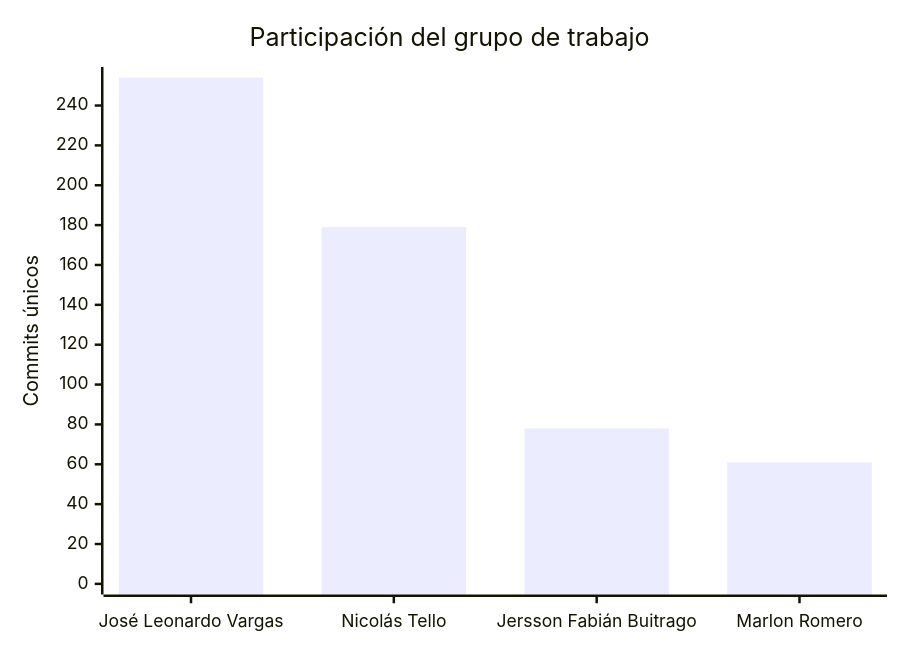
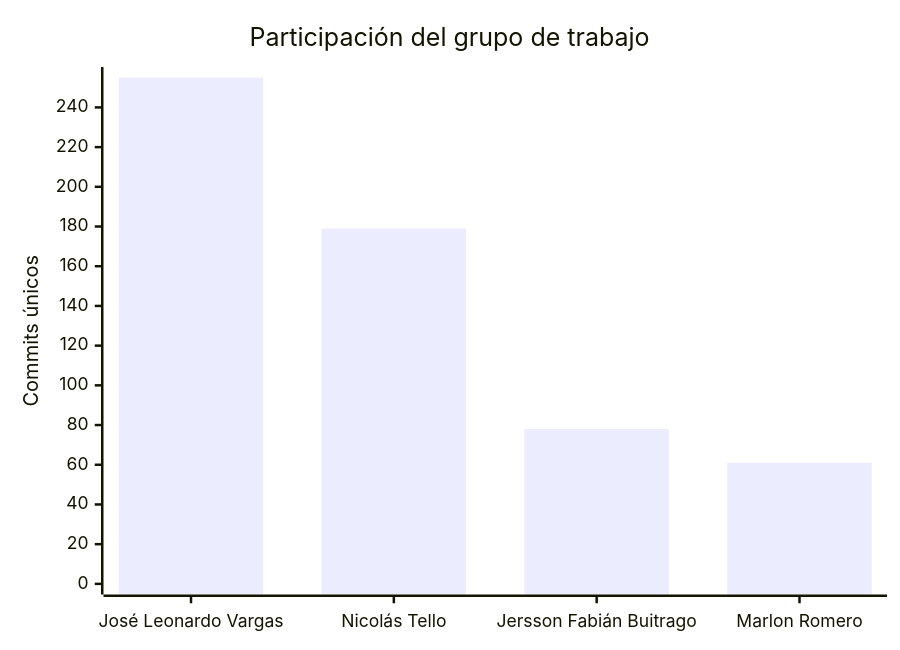
Before and after one commit to FarmaExpres/FarmaExpres: the second of 2 diagrams in README.md, drawn with Mermaid. The commit also changed other lines of this file and 1 other file, not shown here.

````diff
--- a/README.md
+++ b/README.md
@@ -401,7 +401,7 @@
 ```mermaid
 xychart-beta
     title "Participación del grupo de trabajo"
     x-axis ["José Leonardo Vargas", "Nicolás Tello", "Jersson Fabián Buitrago", "Marlon Romero"]
-    y-axis "Commits únicos" 0 --> 254
-    bar [254, 179, 78, 61]
+    y-axis "Commits únicos" 0 --> 255
+    bar [255, 179, 78, 61]
 ```
````
